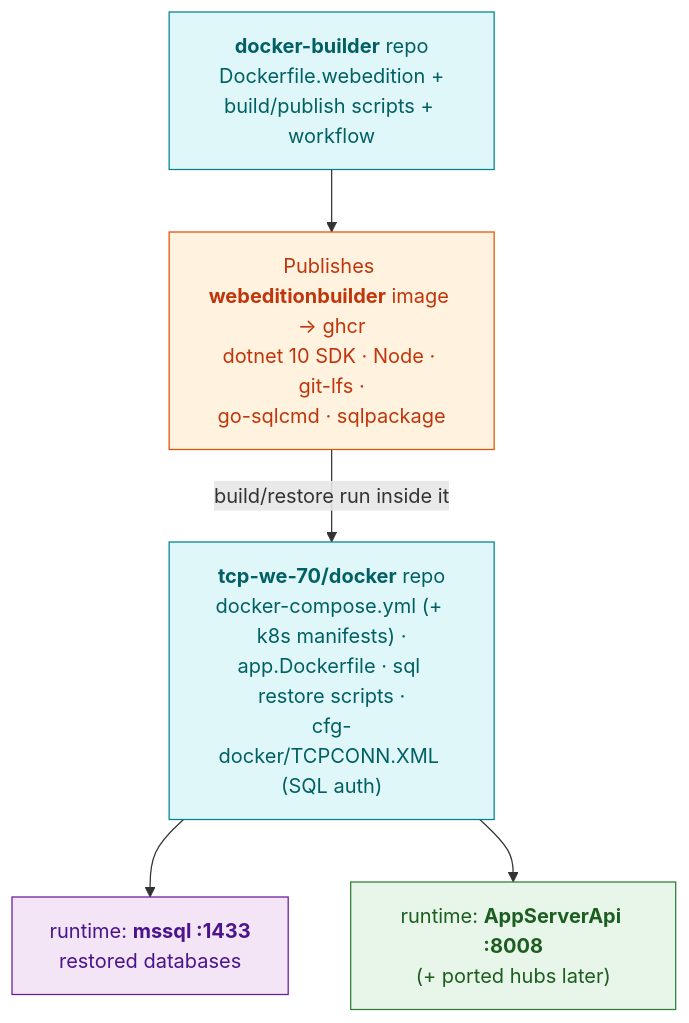
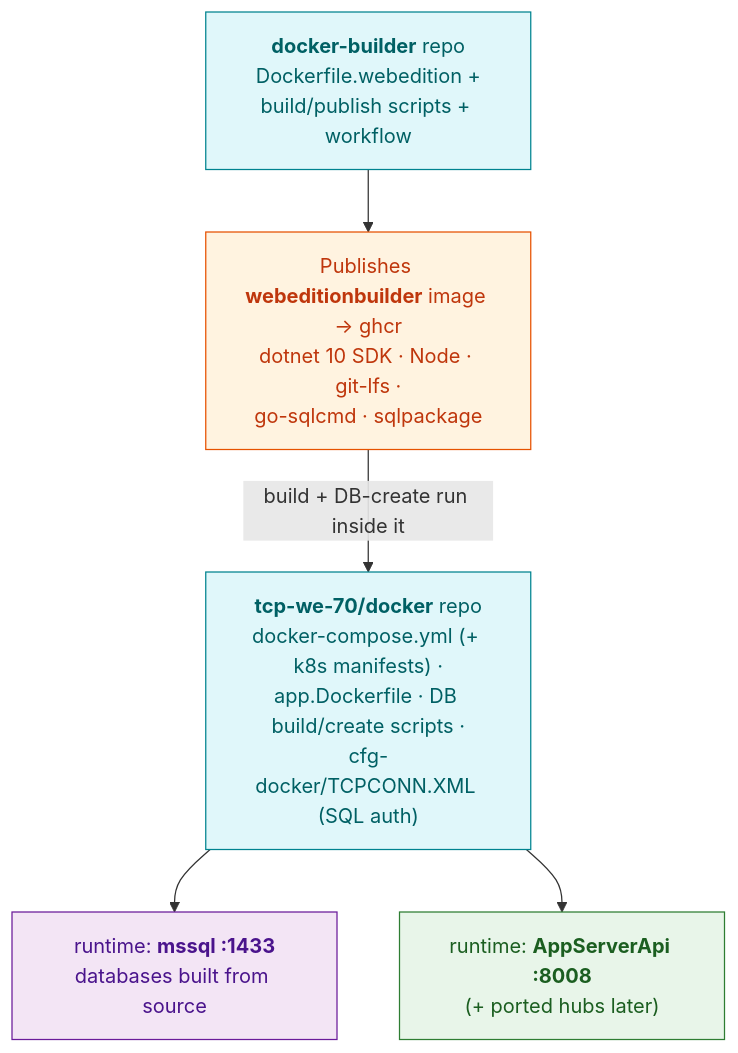
The second of 4 diagrams in docs/linux-pod-plan.md (tcp-software/win11vbox), drawn with Mermaid before and after one commit. The commit also changed other lines of this file, not shown here.

First line of the commit message:
docs(linux-pod-plan): build the databases from source, not from pre-built artifacts

````diff
--- a/docs/linux-pod-plan.md
+++ b/docs/linux-pod-plan.md
@@ -100,19 +102,19 @@
 ```mermaid
 flowchart TD
     classDef build fill:#fff3e0,stroke:#e65100,color:#bf360c;
     classDef repo  fill:#e0f7fa,stroke:#00838f,color:#006064;
     classDef ok    fill:#e8f5e9,stroke:#2e7d32,color:#1b5e20;
     classDef data  fill:#f3e5f5,stroke:#6a1b9a,color:#4a148c;
 
     DB1["<b>docker-builder</b> repo<br/>Dockerfile.webedition +<br/>build/publish scripts + workflow"]:::repo
     IMG["Publishes <b>webeditionbuilder</b> image → ghcr<br/>dotnet 10 SDK · Node · git-lfs ·<br/>go-sqlcmd · sqlpackage"]:::build
     DB1 --> IMG
 
-    TW["<b>tcp-we-70/docker</b> repo<br/>docker-compose.yml (+ k8s manifests) ·<br/>app.Dockerfile · sql restore scripts ·<br/>cfg-docker/TCPCONN.XML (SQL auth)"]:::repo
-    IMG -->|build/restore run inside it| TW
+    TW["<b>tcp-we-70/docker</b> repo<br/>docker-compose.yml (+ k8s manifests) ·<br/>app.Dockerfile · DB build/create scripts ·<br/>cfg-docker/TCPCONN.XML (SQL auth)"]:::repo
+    IMG -->|build + DB-create run inside it| TW
 
-    MSSQL["runtime: <b>mssql :1433</b><br/>restored databases"]:::data
+    MSSQL["runtime: <b>mssql :1433</b><br/>databases built from source"]:::data
     APPC["runtime: <b>AppServerApi :8008</b><br/>(+ ported hubs later)"]:::ok
     TW --> MSSQL
     TW --> APPC
 ```
````
